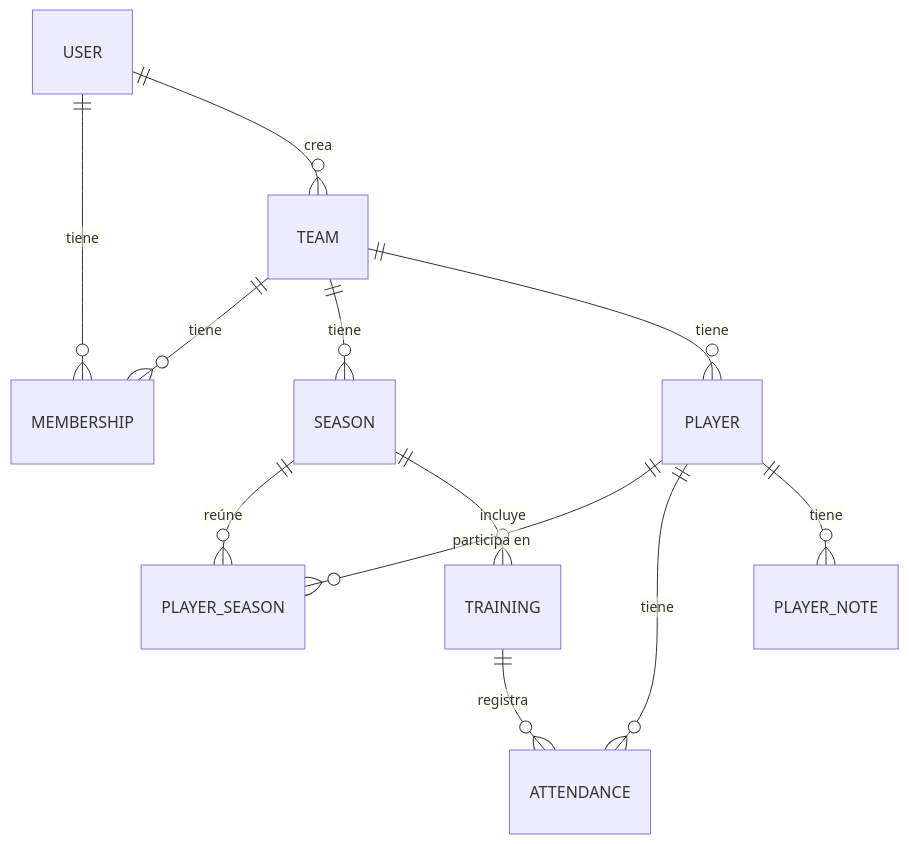
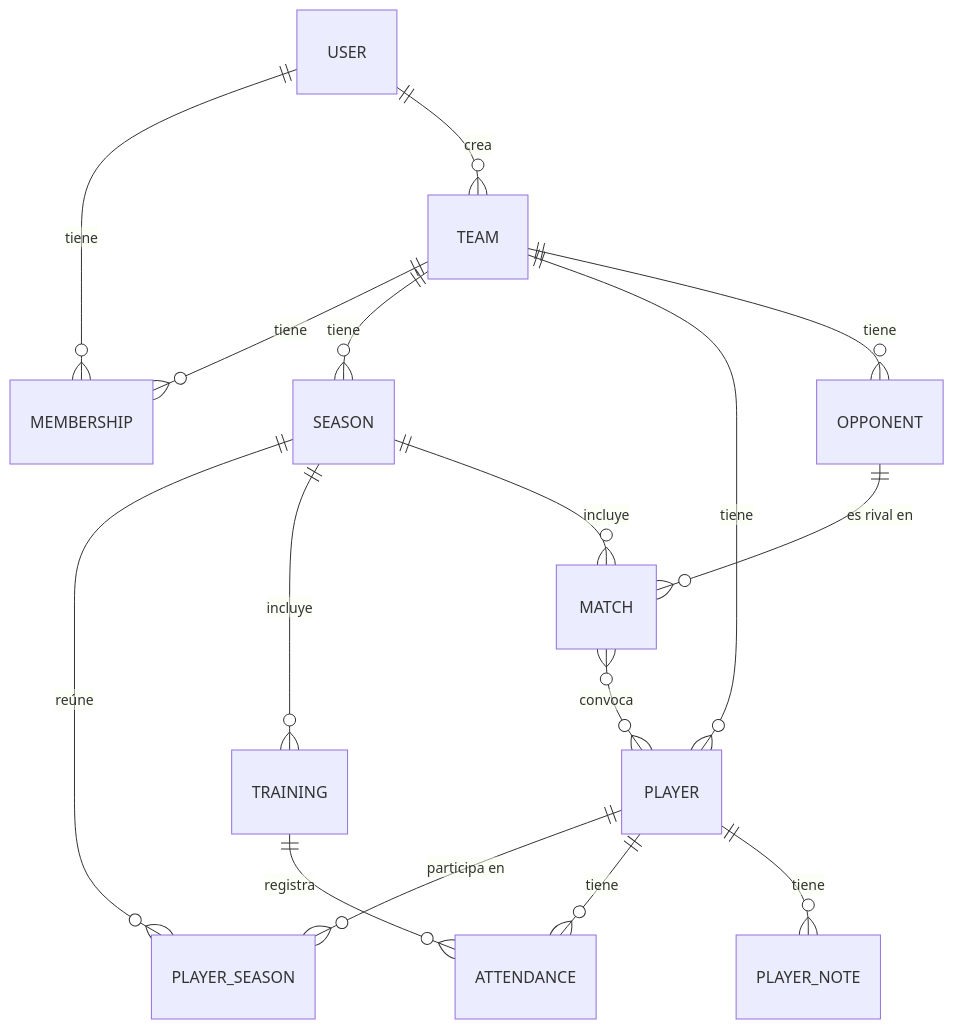
Before and after one commit to DavissBlancoDev/GesCoach: the first of 2 diagrams in docs/modelo-de-datos.md, drawn with Mermaid. The commit also changed other lines of this file and 2 other files, not shown here.

````diff
--- a/docs/modelo-de-datos.md
+++ b/docs/modelo-de-datos.md
@@ -15,14 +15,18 @@
 ```mermaid
 erDiagram
     USER ||--o{ MEMBERSHIP : "tiene"
     TEAM ||--o{ MEMBERSHIP : "tiene"
     USER ||--o{ TEAM : "crea"
     TEAM ||--o{ SEASON : "tiene"
     TEAM ||--o{ PLAYER : "tiene"
     PLAYER ||--o{ PLAYER_SEASON : "participa en"
     SEASON ||--o{ PLAYER_SEASON : "reúne"
     SEASON ||--o{ TRAINING : "incluye"
     TRAINING ||--o{ ATTENDANCE : "registra"
     PLAYER ||--o{ ATTENDANCE : "tiene"
     PLAYER ||--o{ PLAYER_NOTE : "tiene"
+    TEAM ||--o{ OPPONENT : "tiene"
+    SEASON ||--o{ MATCH : "incluye"
+    OPPONENT ||--o{ MATCH : "es rival en"
+    MATCH }o--o{ PLAYER : "convoca"
 ```
````
